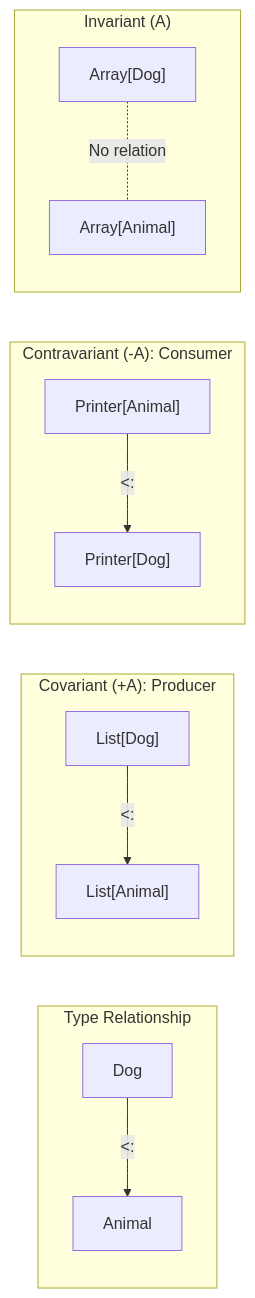
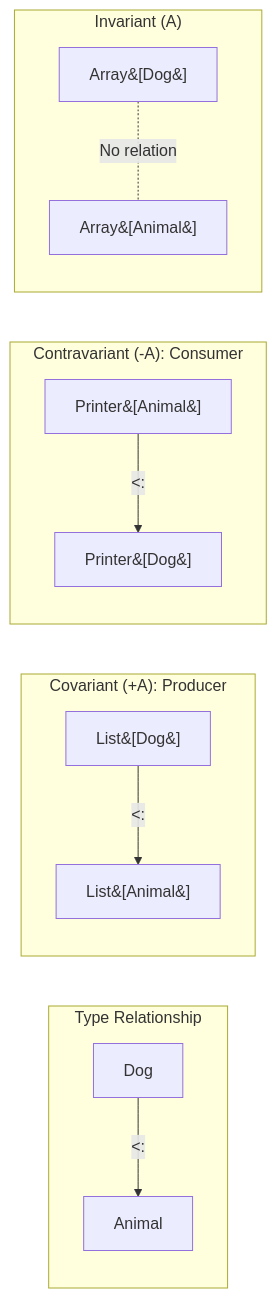
The first of 2 diagrams in content/en/docs/scala/concepts/variance.md (advanced-beginner/advanced-beginner.github.io), drawn with Mermaid before and after one commit. The commit also changed other lines of this file and 30 other files, not shown here.

````diff
--- a/content/en/docs/scala/concepts/variance.md
+++ b/content/en/docs/scala/concepts/variance.md
@@ -17,18 +27,18 @@
 ```mermaid
 graph LR
     subgraph "Type Relationship"
         Dog["Dog"] -->|"<:"| Animal["Animal"]
     end
 
     subgraph "Covariant (+A): Producer"
-        ListDog["List#91;Dog#93;"] -->|"<:"| ListAnimal["List#91;Animal#93;"]
+        ListDog["List&#91;Dog&#93;"] -->|"<:"| ListAnimal["List&#91;Animal&#93;"]
     end
 
     subgraph "Contravariant (-A): Consumer"
-        PrinterAnimal["Printer#91;Animal#93;"] -->|"<:"| PrinterDog["Printer#91;Dog#93;"]
+        PrinterAnimal["Printer&#91;Animal&#93;"] -->|"<:"| PrinterDog["Printer&#91;Dog&#93;"]
     end
 
     subgraph "Invariant (A)"
-        ArrayDog["Array#91;Dog#93;"] -.-|"No relation"| ArrayAnimal["Array#91;Animal#93;"]
+        ArrayDog["Array&#91;Dog&#93;"] -.-|"No relation"| ArrayAnimal["Array&#91;Animal&#93;"]
     end
 ```
````
